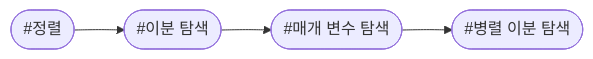
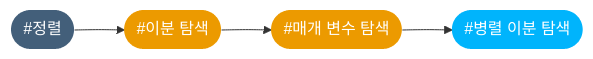
The third of 10 diagrams in index.md (CHOYUNSIG/algorithm_with_boj), drawn with Mermaid before and after one commit. The commit also changed other lines of this file and 2 other files, not shown here.

```diff
--- a/index.md
+++ b/index.md
@@ -100,12 +120,19 @@
 <pre class="mermaid">
     graph LR
 
     #sorting --> #binary_search
     #binary_search --> #parametric_search
     #parametric_search --> #pbs
 
-    #parametric_search(["#매개 변수 탐색"])
-    #pbs(["#병렬 이분 탐색"])
-    #binary_search(["#이분 탐색"])
-    #sorting(["#정렬"])
+    #parametric_search(["#매개 변수 탐색"]):::tier2
+    #pbs(["#병렬 이분 탐색"]):::tier4
+    #binary_search(["#이분 탐색"]):::tier2
+    #sorting(["#정렬"]):::tier1
+
+    classDef tier0 fill:#ad5600, color:#fff, stroke:#0000
+    classDef tier1 fill:#435f7a, color:#fff, stroke:#0000
+    classDef tier2 fill:#ec9a00, color:#fff, stroke:#0000
+    classDef tier3 fill:#27e2a4, color:#fff, stroke:#0000
+    classDef tier4 fill:#00b4fc, color:#fff, stroke:#0000
+    classDef tier5 fill:#ff0062, color:#fff, stroke:#0000
 </pre>
```
